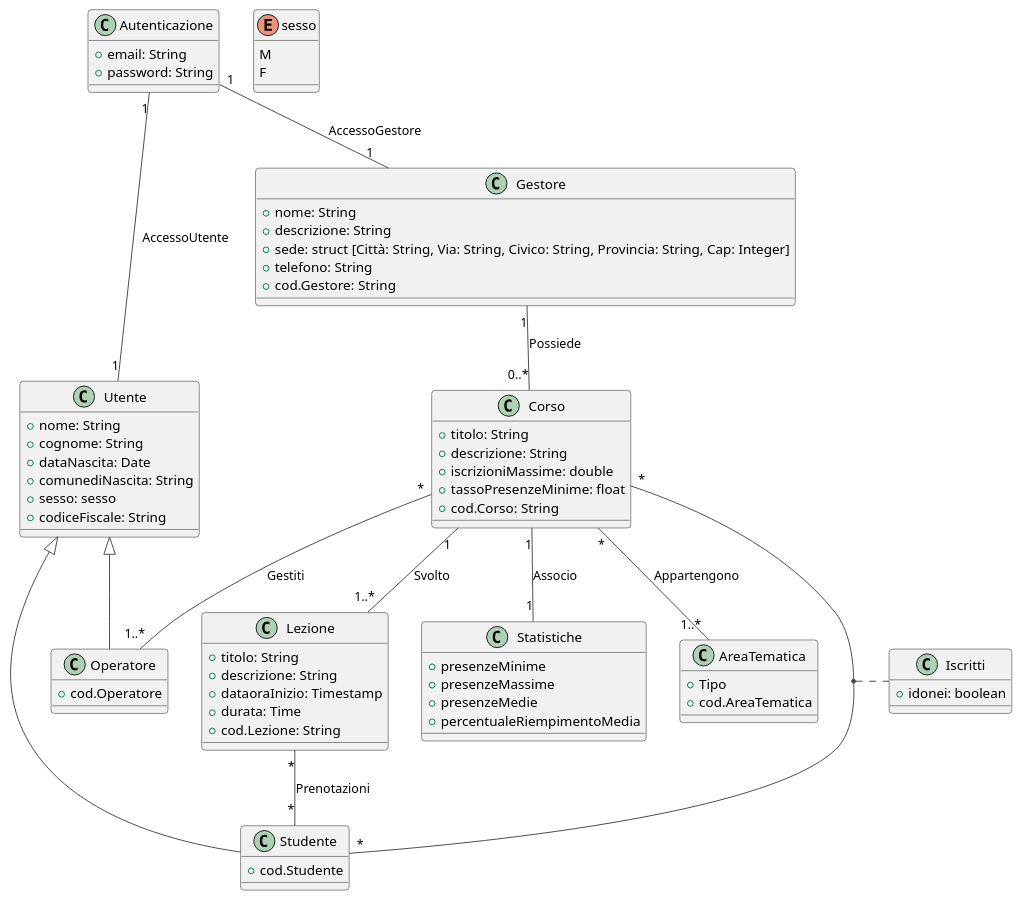
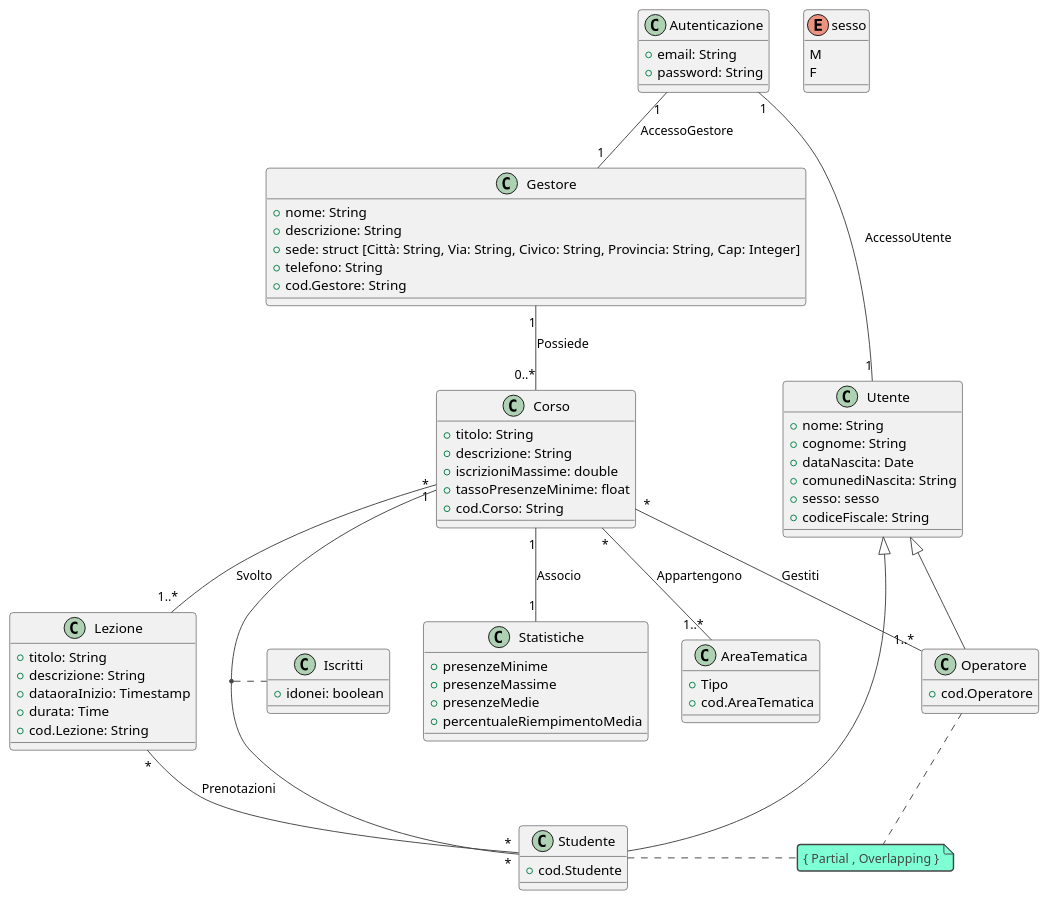
Before and after one commit to agostino-code/OO-BDI-Project: the diagram in UML.puml, drawn with PlantUML. The commit also changed 1002 other files, not shown here.

```diff
--- a/UML.puml
+++ b/UML.puml
@@ -1,74 +1,78 @@
 @startuml
 
 'https://plantuml.com/class-diagram
 !theme vibrant
 class Autenticazione {
   +email: String
   +password: String
 }
 Autenticazione "1" -- "1" Utente :AccessoUtente
 Autenticazione "1" -- "1" Gestore :AccessoGestore
 class Utente{
   +nome: String
   +cognome: String
   +dataNascita: Date
   +comunediNascita: String
   +sesso: sesso
   +codiceFiscale: String
 }
 class Gestore {
   +nome: String
   +descrizione: String
   +sede: struct [Città: String, Via: String, Civico: String, Provincia: String, Cap: Integer]
   +telefono: String
   +cod.Gestore: String
 }
 class Operatore{
   +cod.Operatore
 }
 class Studente{
   +cod.Studente
 }
 enum sesso{
 M
 F
 }
 Utente <|-- Operatore
 Utente <|-- Studente
+note "{ Partial , Overlapping }" as N1
+Studente . N1
+Operatore . N1
+
 Gestore "1" -- "0..*" Corso:Possiede
 Corso "*" -- "*" Studente
 Corso "*" -- "1..*" Operatore:Gestiti
 class Corso{
   +titolo: String
   +descrizione: String
   +iscrizioniMassime: double
   +tassoPresenzeMinime: float
   +cod.Corso: String
 }
 class Lezione{
   +titolo: String
   +descrizione: String
   +dataoraInizio: Timestamp
   +durata: Time
   +cod.Lezione: String
 }
 Corso "1" -- "1..*" Lezione:Svolto
 (Corso, Studente) .. Iscritti
 Lezione "*" -- "*" Studente:Prenotazioni
 class Iscritti{
 +idonei: boolean
 }
 class Statistiche{
   +presenzeMinime
   +presenzeMassime
   +presenzeMedie
   +percentualeRiempimentoMedia
 }
 Corso "1" -- "1" Statistiche:Associo
 class AreaTematica{
   +Tipo
   +cod.AreaTematica
 }
 Corso "*" -- "1..*" AreaTematica:Appartengono
 
 @enduml
```
